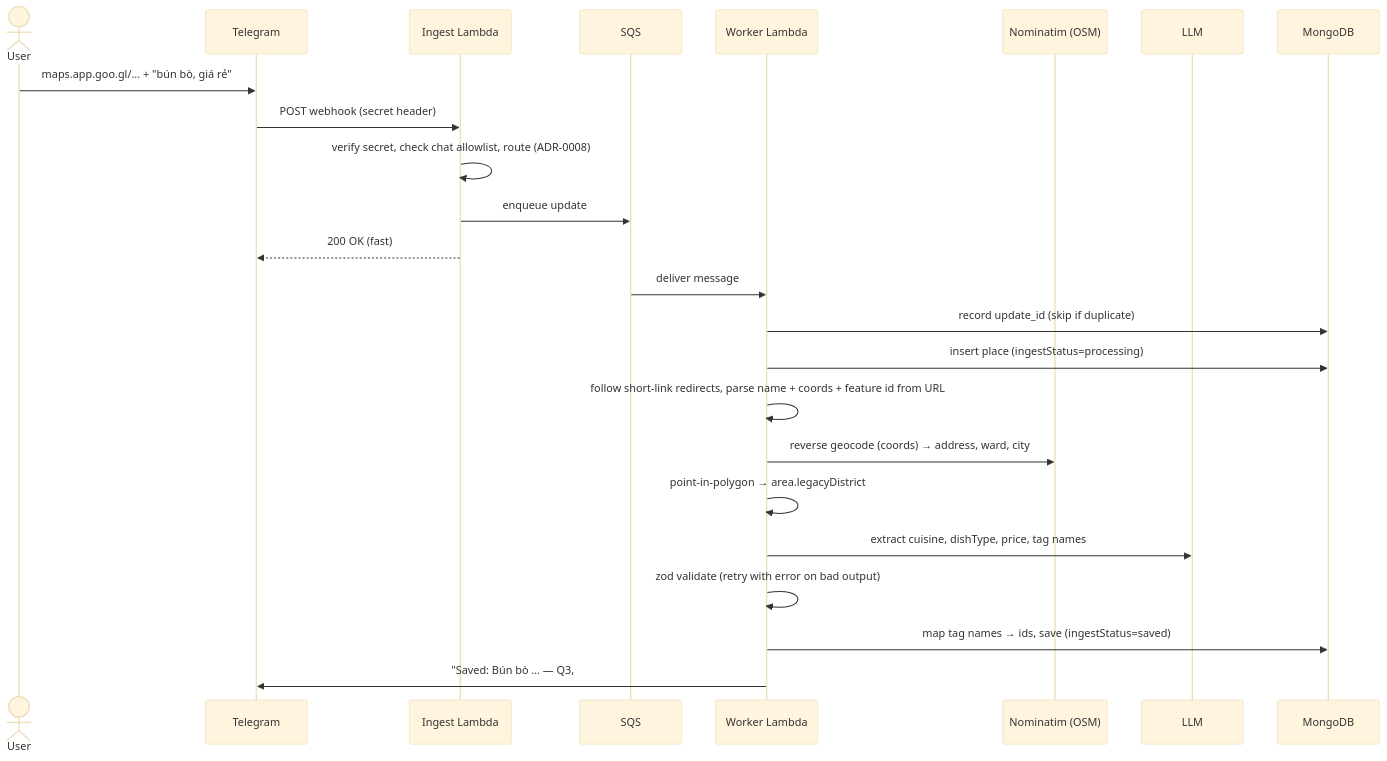
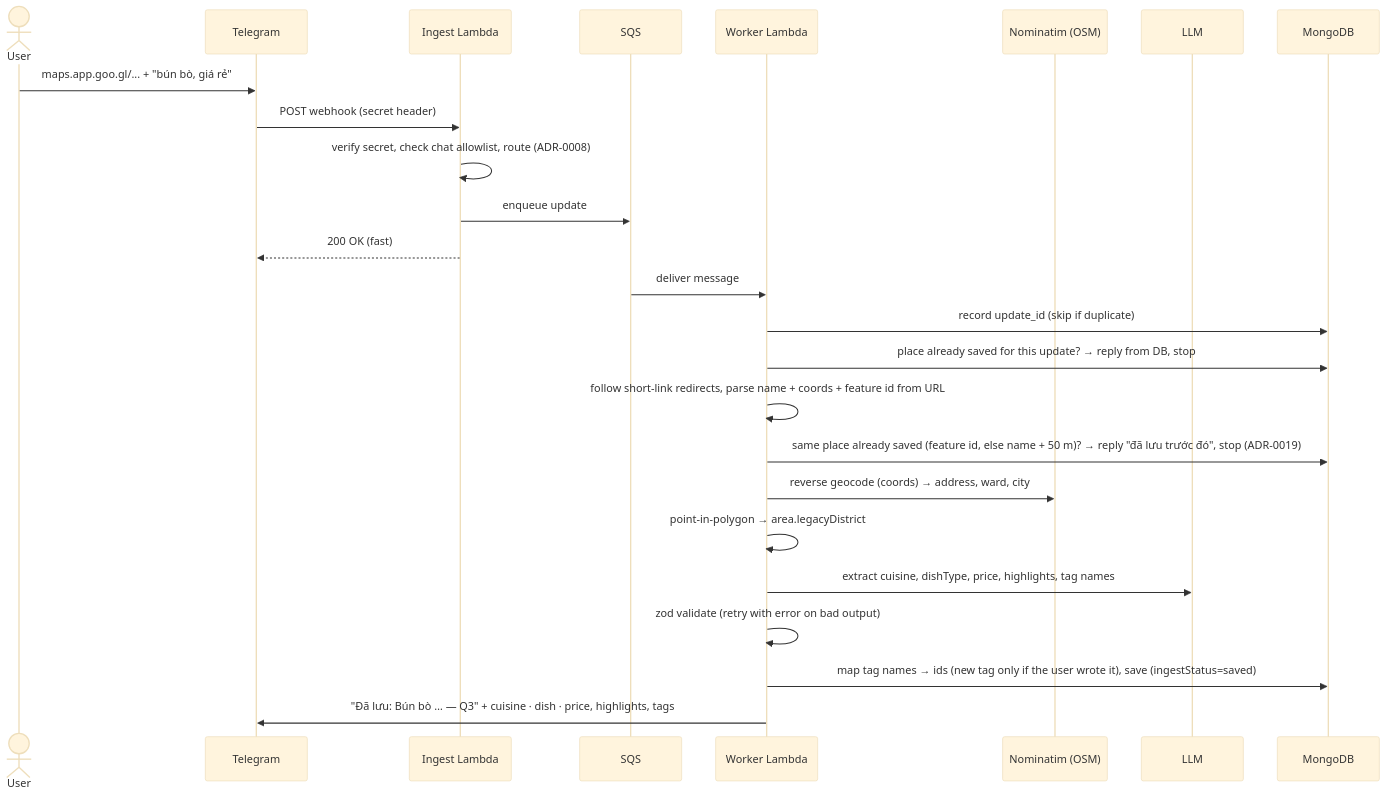
Before and after one commit to btrongtin/angiday: the second of 3 diagrams in docs/architecture.md, drawn with Mermaid (base theme). The commit also changed other lines of this file and 5 other files, not shown here.

Commit message:
docs: tick S3, add ADR-0020, update architecture, phase plan and progress

````diff
--- a/docs/architecture.md
+++ b/docs/architecture.md
@@ -83,27 +83,28 @@
 ```mermaid
 sequenceDiagram
   actor U as User
   participant TG as Telegram
   participant IL as Ingest Lambda
   participant Q as SQS
   participant W as Worker Lambda
   participant M as Nominatim (OSM)
   participant L as LLM
   participant DB as MongoDB
 
   U->>TG: maps.app.goo.gl/... + "bún bò, giá rẻ"
   TG->>IL: POST webhook (secret header)
   IL->>IL: verify secret, check chat allowlist, route (ADR-0008)
   IL->>Q: enqueue update
   IL-->>TG: 200 OK (fast)
   Q->>W: deliver message
   W->>DB: record update_id (skip if duplicate)
-  W->>DB: insert place (ingestStatus=processing)
+  W->>DB: place already saved for this update? → reply from DB, stop
   W->>W: follow short-link redirects, parse name + coords + feature id from URL
+  W->>DB: same place already saved (feature id, else name + 50 m)? → reply "đã lưu trước đó", stop (ADR-0019)
   W->>M: reverse geocode (coords) → address, ward, city
   W->>W: point-in-polygon → area.legacyDistrict
-  W->>L: extract cuisine, dishType, price, tag names
+  W->>L: extract cuisine, dishType, price, highlights, tag names
   W->>W: zod validate (retry with error on bad output)
-  W->>DB: map tag names → ids, save (ingestStatus=saved)
-  W->>TG: "Saved: Bún bò … — Q3, #giá-rẻ"
+  W->>DB: map tag names → ids (new tag only if the user wrote it), save (ingestStatus=saved)
+  W->>TG: "Đã lưu: Bún bò … — Q3" + cuisine · dish · price, highlights, tags
 ```
````
